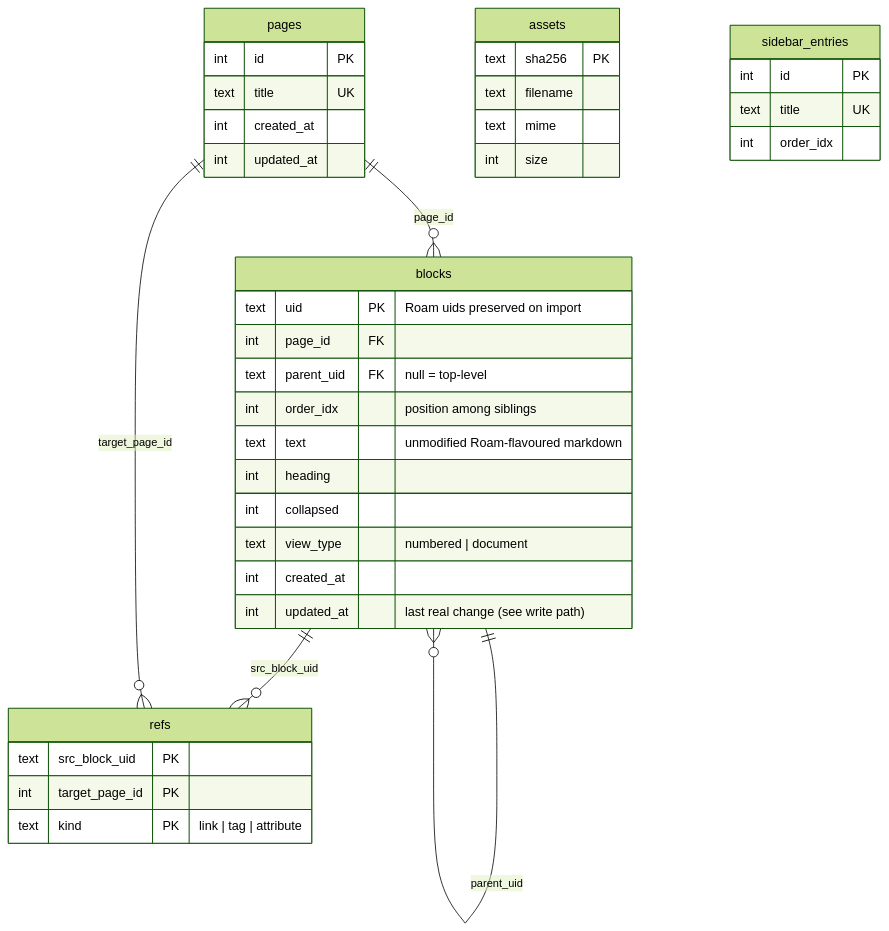
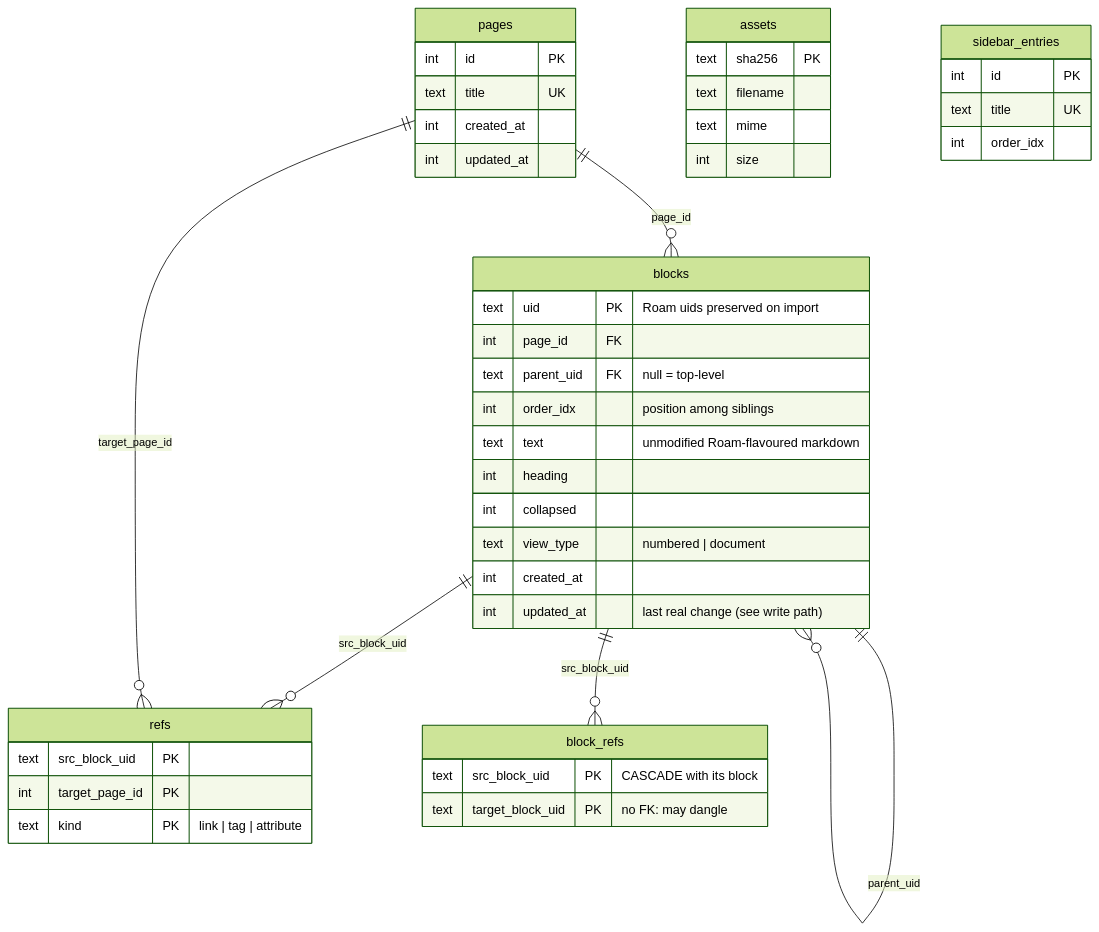
One commit to ArthurClune/pkm-system changed the first of 3 diagrams in docs/architecture/backend.md. Above: the diagram before and after it, drawn with Mermaid (forest theme). The commit also changed other lines of this file and 5 other files, not shown here.

First line of the commit message:
pkm-d31f: architecture docs for the reference indicator; close bean

````diff
--- a/docs/architecture/backend.md
+++ b/docs/architecture/backend.md
@@ -106,42 +106,47 @@
 ```mermaid
 erDiagram
     pages ||--o{ blocks : "page_id"
     blocks ||--o{ blocks : "parent_uid"
     blocks ||--o{ refs : "src_block_uid"
     pages ||--o{ refs : "target_page_id"
+    blocks ||--o{ block_refs : "src_block_uid"
 
     pages {
         int id PK
         text title UK
         int created_at
         int updated_at
     }
     blocks {
         text uid PK "Roam uids preserved on import"
         int page_id FK
         text parent_uid FK "null = top-level"
         int order_idx "position among siblings"
         text text "unmodified Roam-flavoured markdown"
         int heading
         int collapsed
         text view_type "numbered | document"
         int created_at
         int updated_at "last real change (see write path)"
     }
     refs {
         text src_block_uid PK
         int target_page_id PK
         text kind PK "link | tag | attribute"
     }
+    block_refs {
+        text src_block_uid PK "CASCADE with its block"
+        text target_block_uid PK "no FK: may dangle"
+    }
     assets {
         text sha256 PK
         text filename
         text mime
         int size
     }
     sidebar_entries {
         int id PK
         text title UK
         int order_idx
     }
 ```
````
